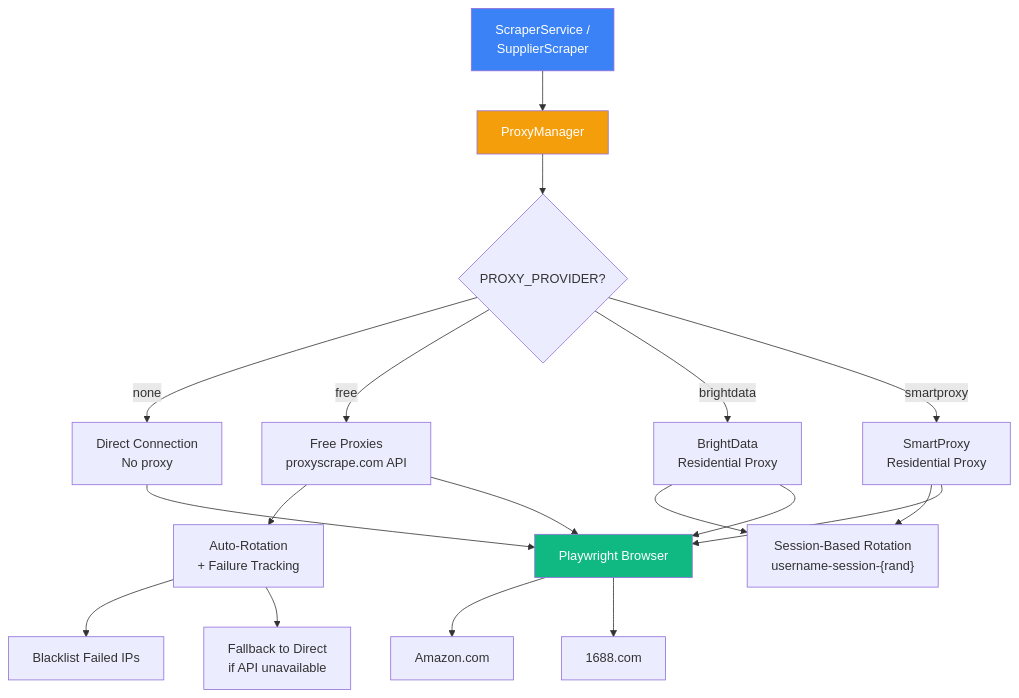
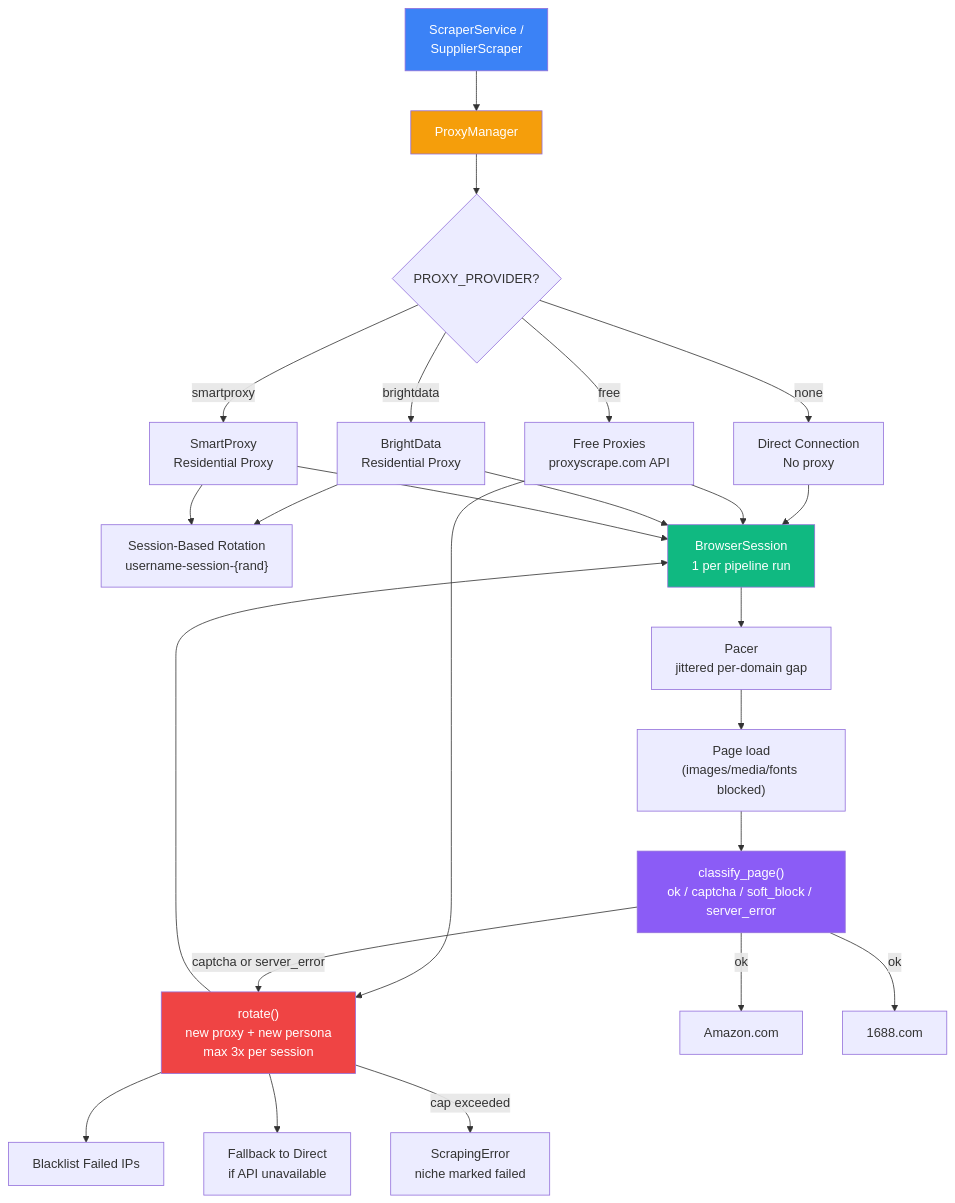
Before and after one commit to Umair706/amazon-omniscient: the third of 4 diagrams in GUIDE.md, drawn with Mermaid. The commit also changed other lines of this file and 3 other files, not shown here.

````diff
--- a/GUIDE.md
+++ b/GUIDE.md
@@ -506,30 +506,38 @@
 ```mermaid
 flowchart TD
     SCRAPER["ScraperService /<br/>SupplierScraper"] --> PM["ProxyManager"]
 
     PM --> Q{"PROXY_PROVIDER?"}
 
     Q -->|none| DIRECT["Direct Connection<br/>No proxy"]
     Q -->|free| FREE["Free Proxies<br/>proxyscrape.com API"]
     Q -->|brightdata| BD["BrightData<br/>Residential Proxy"]
     Q -->|smartproxy| SP["SmartProxy<br/>Residential Proxy"]
 
     FREE --> ROTATE["Auto-Rotation<br/>+ Failure Tracking"]
     ROTATE --> BL["Blacklist Failed IPs"]
     ROTATE --> FALL["Fallback to Direct<br/>if API unavailable"]
 
     BD --> SESSION["Session-Based Rotation<br/>username-session-{rand}"]
     SP --> SESSION
 
-    DIRECT --> PW["Playwright Browser"]
-    FREE --> PW
-    BD --> PW
-    SP --> PW
+    DIRECT --> BS["BrowserSession<br/>1 per pipeline run"]
+    FREE --> BS
+    BD --> BS
+    SP --> BS
 
-    PW --> AMZ["Amazon.com"]
-    PW --> ALI["1688.com"]
+    BS --> PACER["Pacer<br/>jittered per-domain gap"]
+    PACER --> LOAD["Page load<br/>(images/media/fonts blocked)"]
+    LOAD --> CLASSIFY["classify_page()<br/>ok / captcha / soft_block / server_error"]
+    CLASSIFY -->|ok| AMZ["Amazon.com"]
+    CLASSIFY -->|ok| ALI["1688.com"]
+    CLASSIFY -->|captcha or server_error| ROTATE["rotate()<br/>new proxy + new persona<br/>max 3x per session"]
+    ROTATE --> BS
+    ROTATE -->|cap exceeded| FAIL["ScrapingError<br/>niche marked failed"]
 
     style SCRAPER fill:#3b82f6,color:#fff
     style PM fill:#f59e0b,color:#fff
-    style PW fill:#10b981,color:#fff
+    style BS fill:#10b981,color:#fff
+    style CLASSIFY fill:#8b5cf6,color:#fff
+    style ROTATE fill:#ef4444,color:#fff
 ```
````
